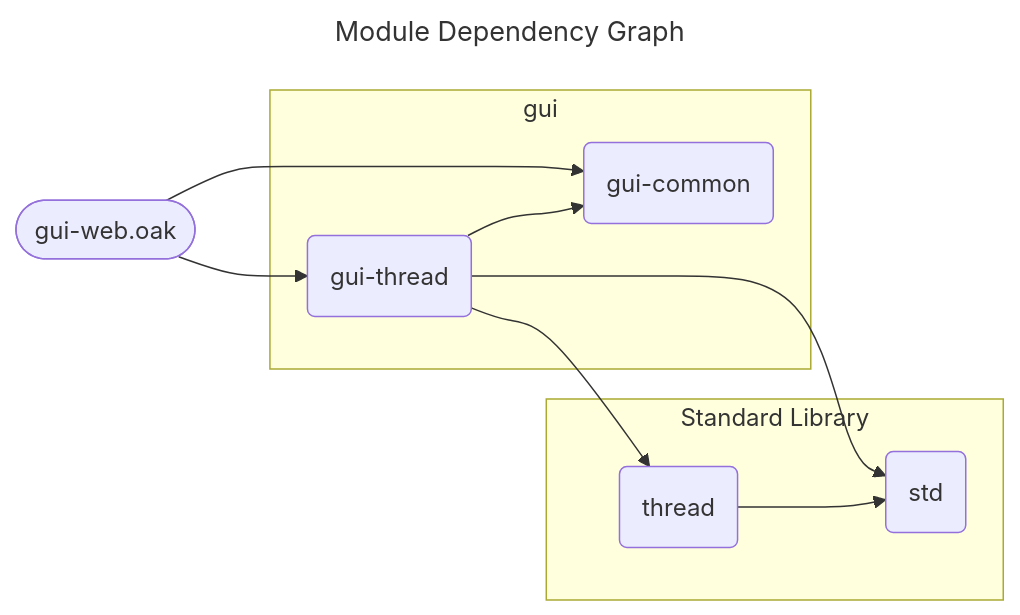
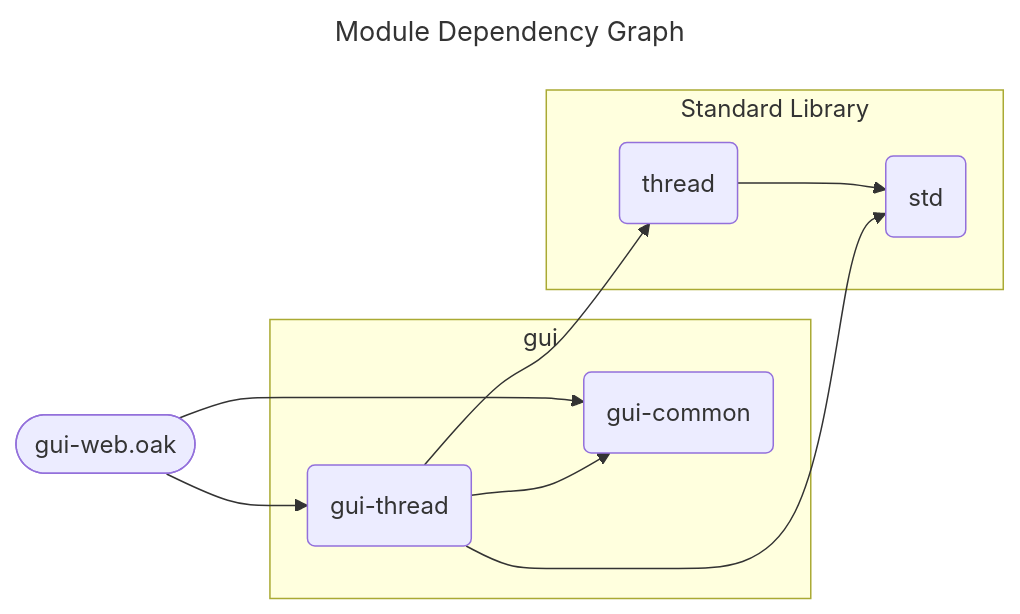
Before and after one commit to SpcFORK/magnolia: the diagram in docs/spec/gui-web.mmd, drawn with Mermaid. The commit also changed other lines of this file and 156 other files, not shown here.

```diff
--- a/docs/spec/gui-web.mmd
+++ b/docs/spec/gui-web.mmd
@@ -1,19 +1,19 @@
 ---
 title: Module Dependency Graph
 ---
 flowchart LR
     lib_gui_web_oak(["gui-web.oak"])
     subgraph stdlib_gui ["gui"]
         gui_common("gui-common")
         gui_thread("gui-thread")
     end
     subgraph stdlib_core ["Standard Library"]
+        thread("thread")
         std("std")
-        thread("thread")
     end
+    thread --> std
     lib_gui_web_oak --> gui_common
     lib_gui_web_oak --> gui_thread
     gui_thread --> std
     gui_thread --> thread
     gui_thread --> gui_common
-    thread --> std
```
